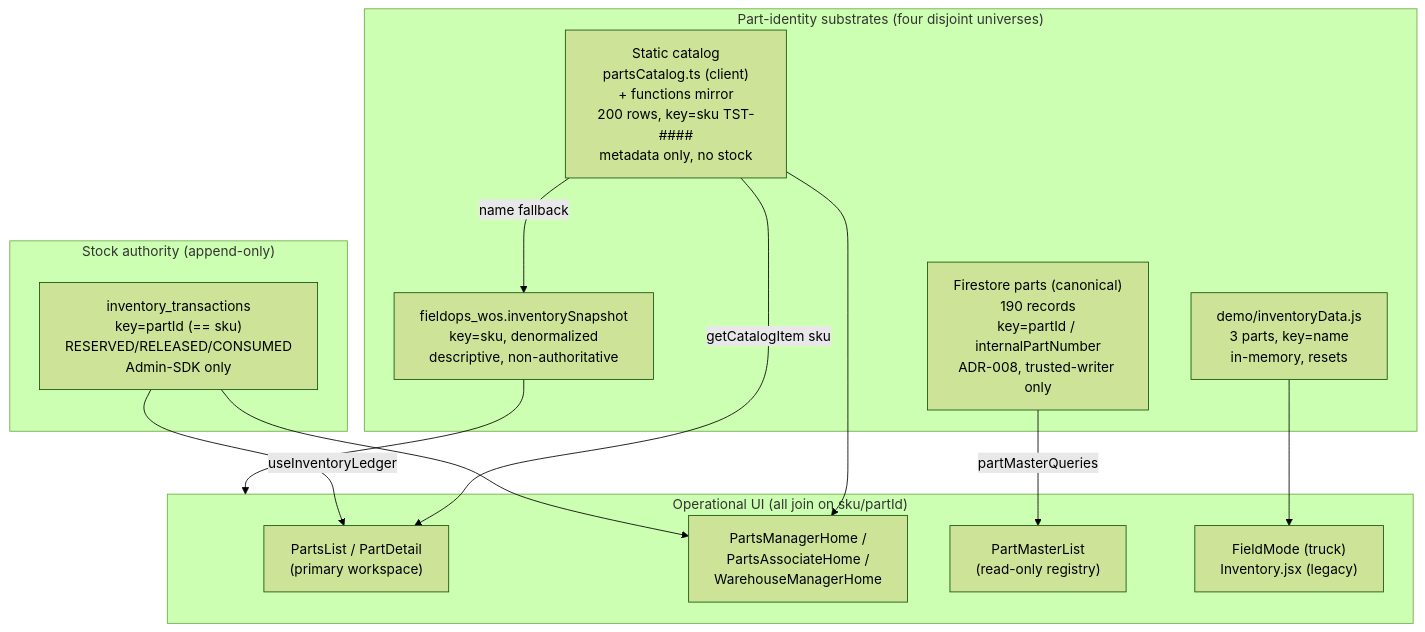
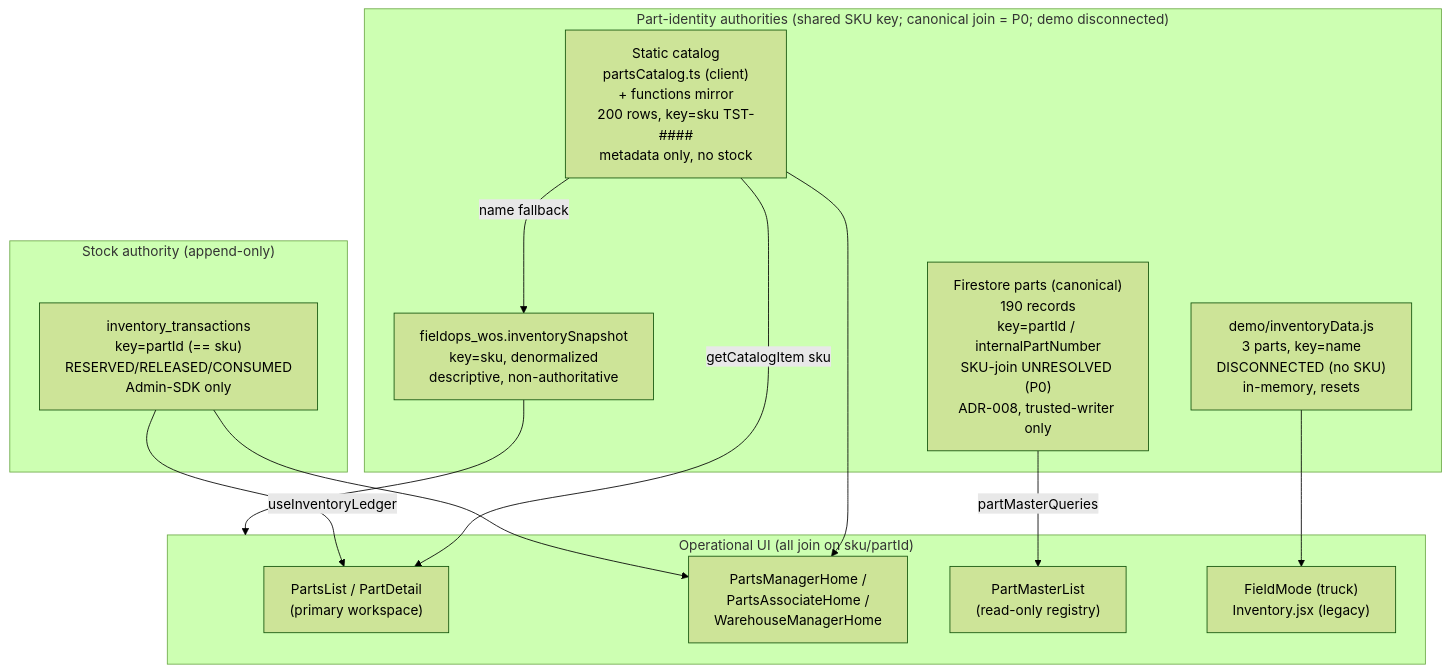
The diagram in docs/assessments/inventory-parts-convergence-recovery.md (TaylorService-spec/Taylor_Parts), drawn with Mermaid (forest theme) before and after one commit. The commit also changed other lines of this file and 2 other files, not shown here.

First line of the commit message:
docs: address PR #417 architecture review (changes required)

````diff
--- a/docs/assessments/inventory-parts-convergence-recovery.md
+++ b/docs/assessments/inventory-parts-convergence-recovery.md
@@ -49,29 +49,29 @@
 ```mermaid
 graph TD
-  subgraph IdentitySubstrates["Part-identity substrates (four disjoint universes)"]
+  subgraph IdentitySubstrates["Part-identity authorities (shared SKU key; canonical join = P0; demo disconnected)"]
     STATIC["Static catalog<br/>partsCatalog.ts (client)<br/>+ functions mirror<br/>200 rows, key=sku TST-####<br/>metadata only, no stock"]
-    CANON["Firestore parts (canonical)<br/>190 records<br/>key=partId / internalPartNumber<br/>ADR-008, trusted-writer only"]
-    DEMO["demo/inventoryData.js<br/>3 parts, key=name<br/>in-memory, resets"]
+    CANON["Firestore parts (canonical)<br/>190 records<br/>key=partId / internalPartNumber<br/>SKU-join UNRESOLVED (P0)<br/>ADR-008, trusted-writer only"]
+    DEMO["demo/inventoryData.js<br/>3 parts, key=name<br/>DISCONNECTED (no SKU)<br/>in-memory, resets"]
     SNAP["fieldops_wos.inventorySnapshot<br/>key=sku, denormalized<br/>descriptive, non-authoritative"]
   end
 
   subgraph Ledger["Stock authority (append-only)"]
     TX["inventory_transactions<br/>key=partId (== sku)<br/>RESERVED/RELEASED/CONSUMED<br/>Admin-SDK only"]
   end
 
   subgraph Operational["Operational UI (all join on sku/partId)"]
     PL["PartsList / PartDetail<br/>(primary workspace)"]
     ROLE["PartsManagerHome /<br/>PartsAssociateHome /<br/>WarehouseManagerHome"]
     PM["PartMasterList<br/>(read-only registry)"]
     FIELD["FieldMode (truck)<br/>Inventory.jsx (legacy)"]
   end
 
   STATIC -->|getCatalogItem sku| PL
   STATIC --> ROLE
   STATIC -->|name fallback| SNAP
   TX -->|useInventoryLedger| PL
   TX --> ROLE
   CANON -->|partMasterQueries| PM
   DEMO --> FIELD
   SNAP --> Operational
 ```
````
